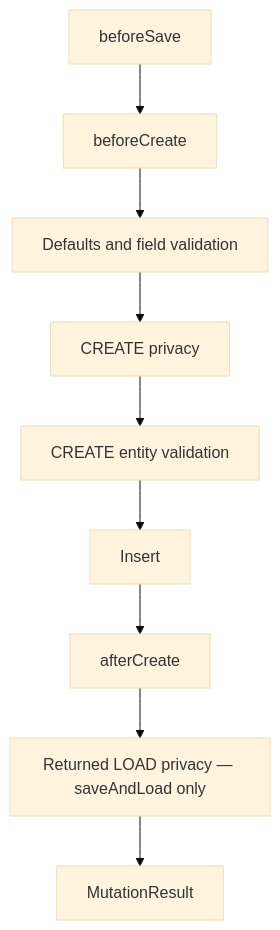
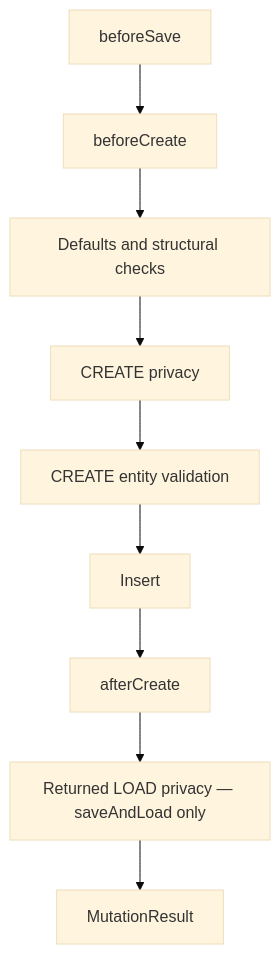
The second of 6 diagrams in docs/operation-lifecycle.md (CaseyMcGuire/EntKt), drawn with Mermaid (base theme) before and after one commit. The commit also changed other lines of this file and 41 other files, not shown here.

Commit message:
Move field validation from schemas to client policies

````diff
--- a/docs/operation-lifecycle.md
+++ b/docs/operation-lifecycle.md
@@ -139,11 +138,11 @@
 ```mermaid
 flowchart TD
     beforeSave["beforeSave"] --> beforeCreate["beforeCreate"]
-    beforeCreate --> fields["Defaults and field validation"]
+    beforeCreate --> fields["Defaults and structural checks"]
     fields --> privacy["CREATE privacy"]
     privacy --> validation["CREATE entity validation"]
     validation --> insert["Insert"]
     insert --> after["afterCreate"]
     after --> load["Returned LOAD privacy — saveAndLoad only"]
     load --> result["MutationResult"]
 ```
````
